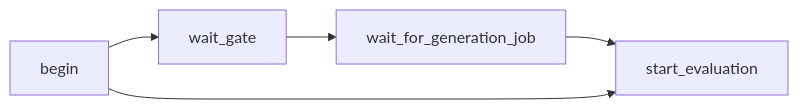
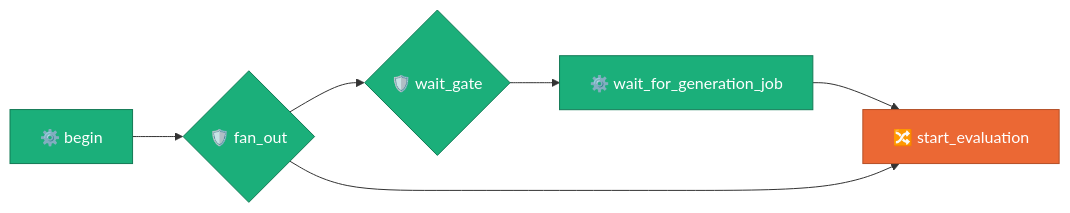
Before and after one commit to albertols/synthetic-llm-dataflow-bigquery: the sixth of 7 diagrams in packages/sdfb-evaluation/README.md, drawn with Mermaid. The commit also changed other lines of this file and 11 other files, not shown here.

First line of the commit message:
wip(evaluation): Task 35 — documents: one image, one template, the chain in the generation DAG

````diff
--- a/packages/sdfb-evaluation/README.md
+++ b/packages/sdfb-evaluation/README.md
@@ -355,5 +454,9 @@
 ```mermaid
 flowchart LR
-  begin --> wait_gate --> wait_for_generation_job --> start_evaluation
-  begin --> start_evaluation
+  classDef beam  fill:#eb6834,color:#fff,stroke:#b44f26
+  classDef cpu   fill:#1baf7a,color:#fff,stroke:#127a55
+
+  begin["⚙️ begin"]:::cpu --> fan_out{"🛡️ fan_out"}:::cpu --> wait_gate{"🛡️ wait_gate"}:::cpu
+  wait_gate --> wait_for_generation_job["⚙️ wait_for_generation_job"]:::cpu --> start_evaluation["🔀 start_evaluation"]:::beam
+  fan_out --> start_evaluation
 ```
````
